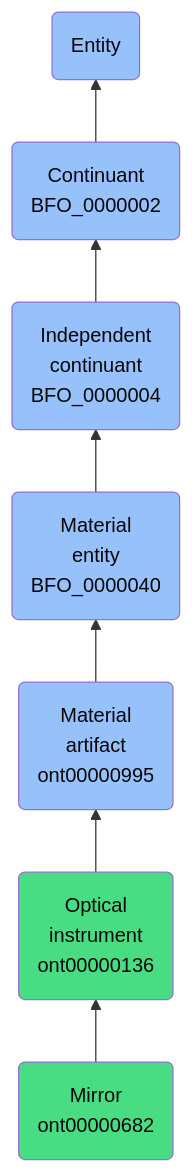
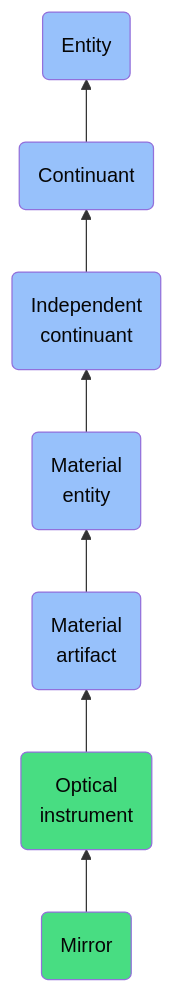
The diagram in docs/ontology/reference/model/Entity/Continuant/Independent continuant/Material entity/Material artifact/Optical instrument/Mirror/Mirror.md (jupyter-naas/abi), drawn with Mermaid before and after one commit. The commit also changed other lines of this file and 1430 other files, not shown here.

````diff
--- a/docs/ontology/reference/model/Entity/Continuant/Independent continuant/Material entity/Material artifact/Optical instrument/Mirror/Mirror.md
+++ b/docs/ontology/reference/model/Entity/Continuant/Independent continuant/Material entity/Material artifact/Optical instrument/Mirror/Mirror.md
@@ -24,14 +24,14 @@
 ```mermaid
 graph BT
-    ont00000682(Mirror<br>ont00000682):::ABI-->ont00000136
-    ont00000136(Optical<br>instrument<br>ont00000136):::ABI-->ont00000995
-    ont00000995(Material<br>artifact<br>ont00000995):::BFO-->BFO_0000040
-    BFO_0000040(Material<br>entity<br>BFO_0000040):::BFO-->BFO_0000004
-    BFO_0000004(Independent<br>continuant<br>BFO_0000004):::BFO-->BFO_0000002
-    BFO_0000002(Continuant<br>BFO_0000002):::BFO-->BFO_0000001
+    ont00000682(Mirror):::ABI-->ont00000136
+    ont00000136(Optical<br>instrument):::ABI-->ont00000995
+    ont00000995(Material<br>artifact):::BFO-->BFO_0000040
+    BFO_0000040(Material<br>entity):::BFO-->BFO_0000004
+    BFO_0000004(Independent<br>continuant):::BFO-->BFO_0000002
+    BFO_0000002(Continuant):::BFO-->BFO_0000001
     BFO_0000001(Entity):::BFO
     
     classDef BFO fill:#97c1fb,color:#060606
     classDef CCO fill:#e4c51e,color:#060606
     classDef ABI fill:#48DD82,color:#060606
 ```
````
